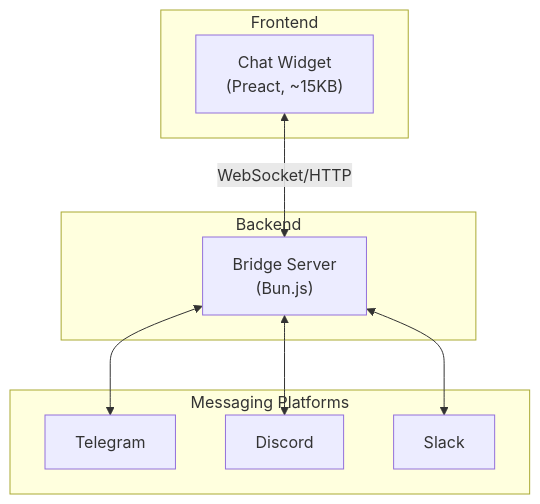
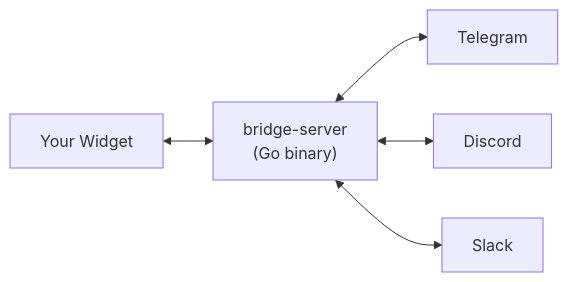
One commit to Ruwad-io/pocketping changed the fifth of 6 diagrams in docs-site/docs/intro.md. Above: the diagram before and after it, drawn with Mermaid. The commit also changed other lines of this file, not shown here.

````diff
--- a/docs-site/docs/intro.md
+++ b/docs-site/docs/intro.md
@@ -152,21 +170,7 @@
 ```mermaid
-flowchart TB
-    subgraph frontend["Frontend"]
-        widget["Chat Widget<br/>(Preact, ~15KB)"]
-    end
-
-    subgraph backend["Backend"]
-        bridge["Bridge Server<br/>(Bun.js)"]
-    end
-
-    subgraph platforms["Messaging Platforms"]
-        tg["Telegram"]
-        dc["Discord"]
-        sl["Slack"]
-    end
-
-    widget <-->|WebSocket/HTTP| bridge
-    bridge <--> tg
-    bridge <--> dc
-    bridge <--> sl
+flowchart LR
+    widget["Your Widget"] <--> bridge["bridge-server<br/>(Go binary)"]
+    bridge <--> tg["Telegram"]
+    bridge <--> dc["Discord"]
+    bridge <--> sl["Slack"]
 ```
````
